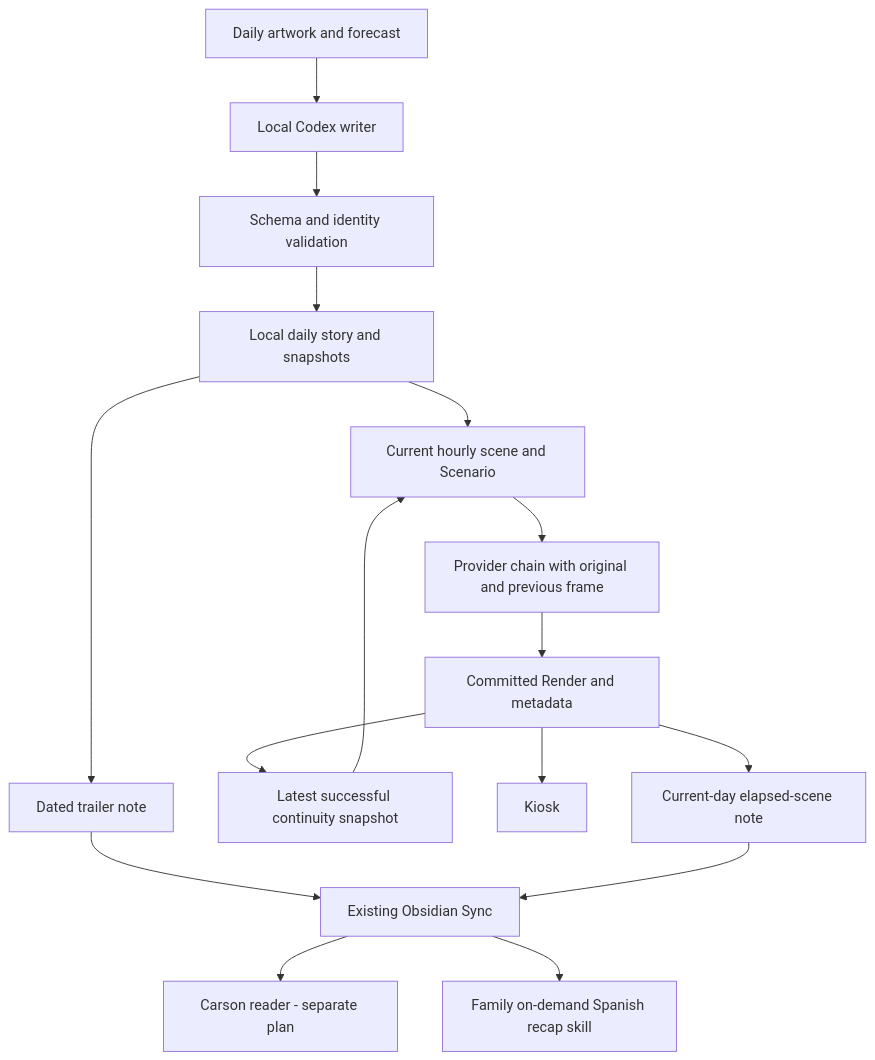
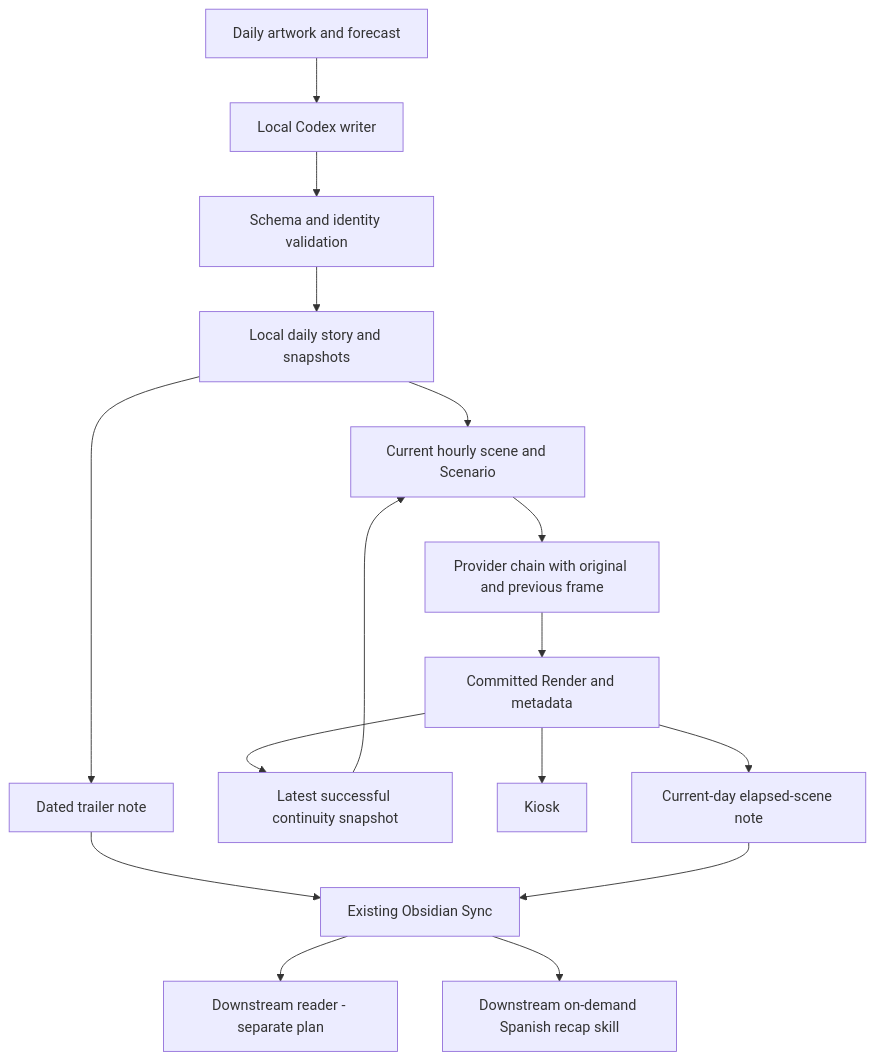
One commit to andres-monge/haystack changed the first of 3 diagrams in docs/plans/2026-10-10-1307-feat-daily-artwork-stories-plan.md. Above: the diagram before and after it, drawn with Mermaid. The commit also changed other lines of this file and 8 other files, not shown here.

````diff
--- a/docs/plans/2026-10-10-1307-feat-daily-artwork-stories-plan.md
+++ b/docs/plans/2026-10-10-1307-feat-daily-artwork-stories-plan.md
@@ -120,18 +117,18 @@
 ```mermaid
 flowchart TB
   Selection[Daily artwork and forecast] --> Writer[Local Codex writer]
   Writer --> Validation[Schema and identity validation]
   Validation --> Store[Local daily story and snapshots]
   Store --> Trailer[Dated trailer note]
   Trailer --> Sync[Existing Obsidian Sync]
-  Sync --> Carson[Carson reader - separate plan]
+  Sync --> Consumer[Downstream reader - separate plan]
   Store --> Scene[Current hourly scene and Scenario]
   Scene --> Chain[Provider chain with original and previous frame]
   Chain --> Render[Committed Render and metadata]
   Render --> Continuity[Latest successful continuity snapshot]
   Continuity --> Scene
   Render --> Kiosk[Kiosk]
   Render --> Recap[Current-day elapsed-scene note]
   Recap --> Sync
-  Sync --> Questions[Family on-demand Spanish recap skill]
+  Sync --> Questions[Downstream on-demand Spanish recap skill]
 ```
````
